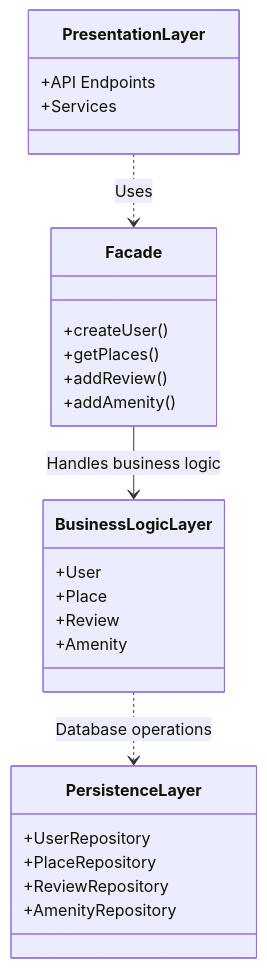
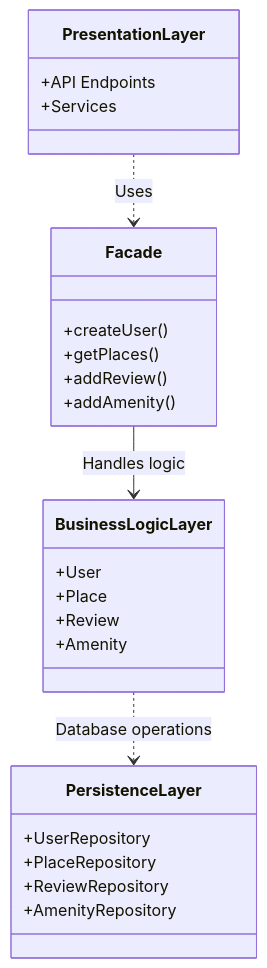
Before and after one commit to ScOreX-242/holbertonschool-hbnb: the first of 6 diagrams in part1/README.md, drawn with Mermaid. The commit also changed other lines of this file, not shown here.

````diff
--- a/part1/README.md
+++ b/part1/README.md
@@ -40,34 +11,34 @@
 ```mermaid
 classDiagram
     direction TB
 
     class PresentationLayer {
         +API Endpoints
         +Services
     }
 
     class BusinessLogicLayer {
         +User
         +Place
         +Review
         +Amenity
     }
 
     class PersistenceLayer {
         +UserRepository
         +PlaceRepository
         +ReviewRepository
         +AmenityRepository
     }
 
     class Facade {
         +createUser()
         +getPlaces()
         +addReview()
         +addAmenity()
     }
 
     PresentationLayer ..> Facade : Uses
-    Facade --> BusinessLogicLayer : Handles business logic
+    Facade --> BusinessLogicLayer : Handles logic
     BusinessLogicLayer ..> PersistenceLayer : Database operations
 ```
````
